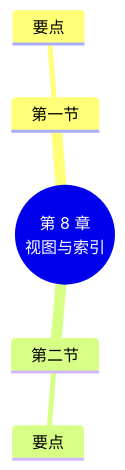
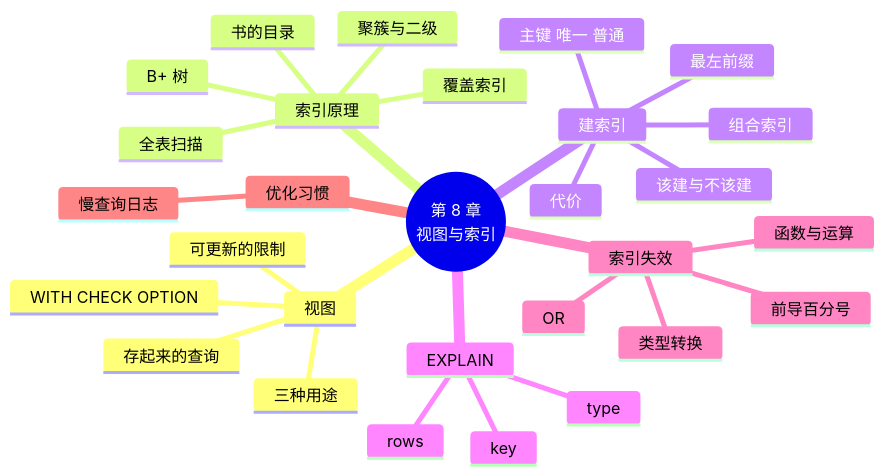
One commit to MingziFu9/database-textbook changed the diagram in docs/chapters/08-view-index/index.md. Above: the diagram before and after it, drawn with Mermaid. The commit also changed other lines of this file and 6 other files, not shown here.

Commit message:
第 8 章：视图、索引与查询优化，100 万行索引对比等 3 个实验已在 MySQL 8.4 实测

````diff
--- a/docs/chapters/08-view-index/index.md
+++ b/docs/chapters/08-view-index/index.md
@@ -185,8 +711,32 @@
 ```mermaid
 mindmap
   root((第 8 章<br/>视图与索引))
-    第一节
-      要点
-    第二节
-      要点
+    视图
+      存起来的查询
+      三种用途
+      可更新的限制
+      WITH CHECK OPTION
+    索引原理
+      书的目录
+      全表扫描
+      B+ 树
+      聚簇与二级
+      覆盖索引
+    建索引
+      主键 唯一 普通
+      组合索引
+      最左前缀
+      该建与不该建
+      代价
+    EXPLAIN
+      type
+      key
+      rows
+    索引失效
+      函数与运算
+      类型转换
+      前导百分号
+      OR
+    优化习惯
+      慢查询日志
 ```
````
